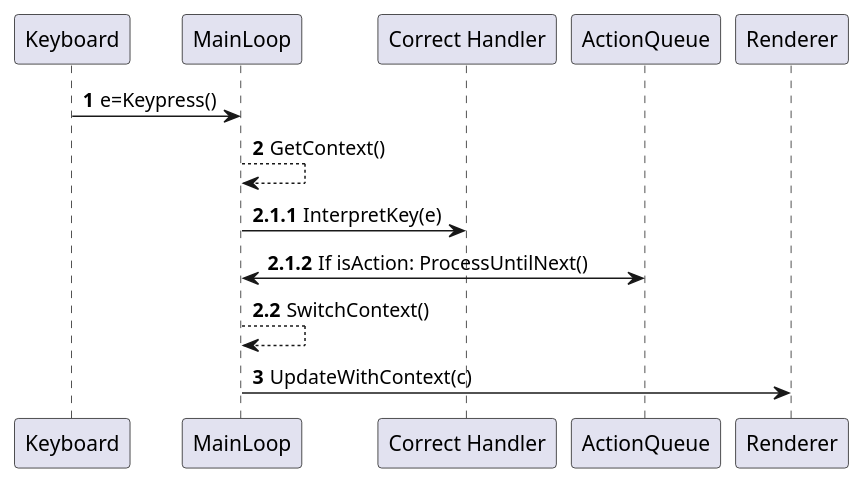
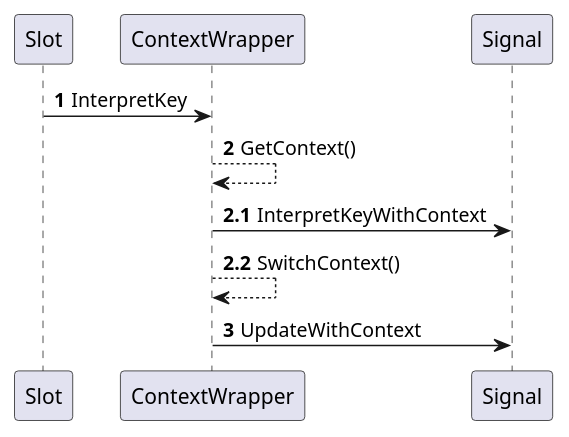
The diagram in Design diagrams/Sequence Diagrams/main_sequence.puml (Hraelzyr/helene-rust), drawn with PlantUML before and after one commit. The commit also changed 19 other files, not shown here.

First line of the commit message:
Sequence diagrams modified for signal-slots.

```diff
--- a/Design diagrams/Sequence Diagrams/main_sequence.puml
+++ b/Design diagrams/Sequence Diagrams/main_sequence.puml
@@ -1,16 +1,17 @@
 @startuml
 'https://plantuml.com/sequence-diagram
 
 autonumber
 
-Keyboard -> MainLoop: e=Keypress()
-MainLoop --> MainLoop: GetContext()
-autonumber 2.1.1
-MainLoop -> "Correct Handler": InterpretKey(e)
-'Handler -> MainLoop: SetIsAction
-MainLoop <-> ActionQueue: If isAction: ProcessUntilNext()
-autonumber 2.2
-MainLoop --> MainLoop: SwitchContext()
+'RawKey -> KeyHandle: RawSignal
+Slot ->  ContextWrapper: InterpretKey
+ContextWrapper --> ContextWrapper: GetContext()
+autonumber 2.1
+ContextWrapper -> Signal: InterpretKeyWithContext
+'Handler -> ContextWrapper: SetIsAction
+'ContextWrapper <-> ActionQueue: If isAction: ProcessUntilNext()
+'autonumber 2.2
+ContextWrapper --> ContextWrapper: SwitchContext()
 autonumber 3
-MainLoop -> Renderer: UpdateWithContext(c)
+ContextWrapper -> Signal: UpdateWithContext
 @enduml
```
